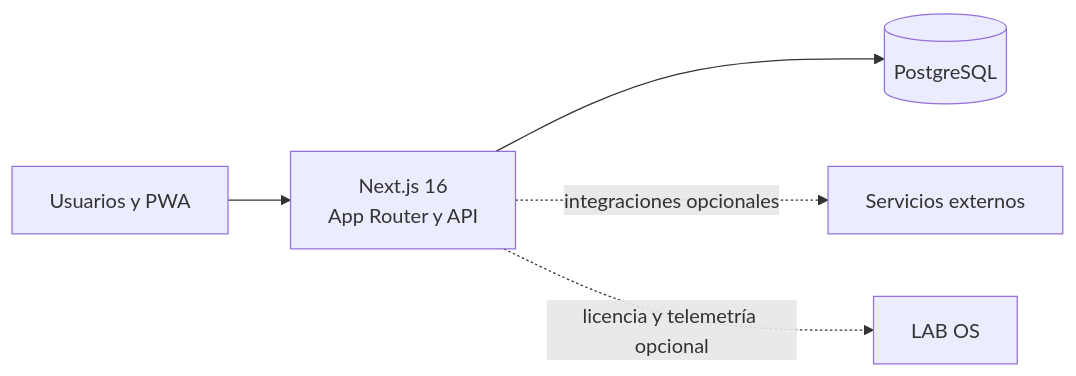
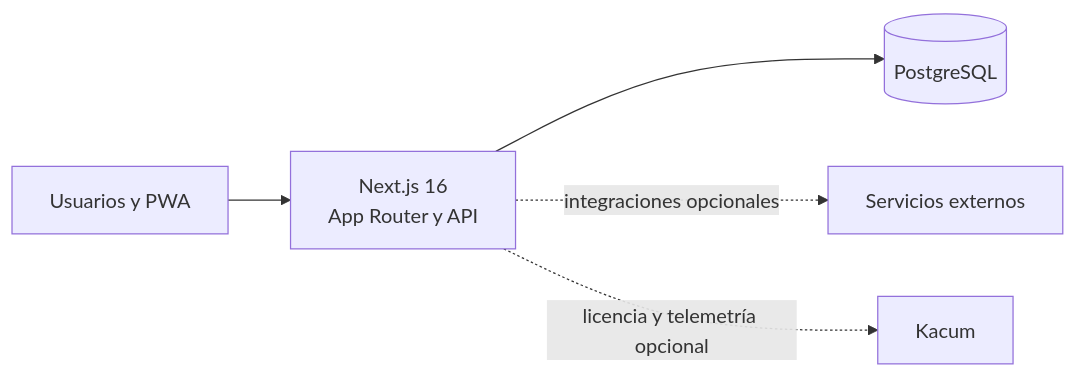
One commit to kacum-dev/comunidadconecta changed the diagram in README.md. Above: the diagram before and after it, drawn with Mermaid. The commit also changed other lines of this file and 6 other files, not shown here.

````diff
--- a/README.md
+++ b/README.md
@@ -24,7 +37,7 @@
 ```mermaid
 flowchart LR
     U[Usuarios y PWA] --> N[Next.js 16<br/>App Router y API]
     N --> P[(PostgreSQL)]
     N -. integraciones opcionales .-> E[Servicios externos]
-    N -. licencia y telemetría opcional .-> L[LAB OS]
+    N -. licencia y telemetría opcional .-> K[Kacum]
 ```
````
